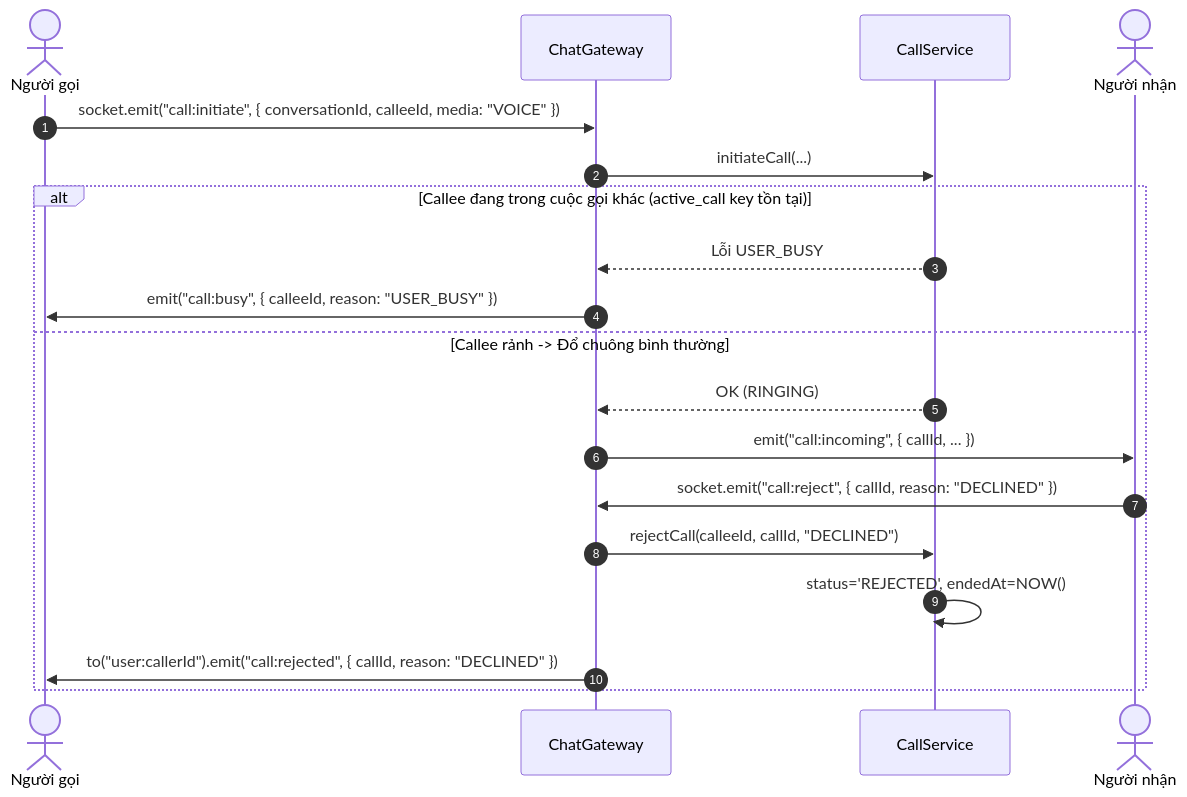
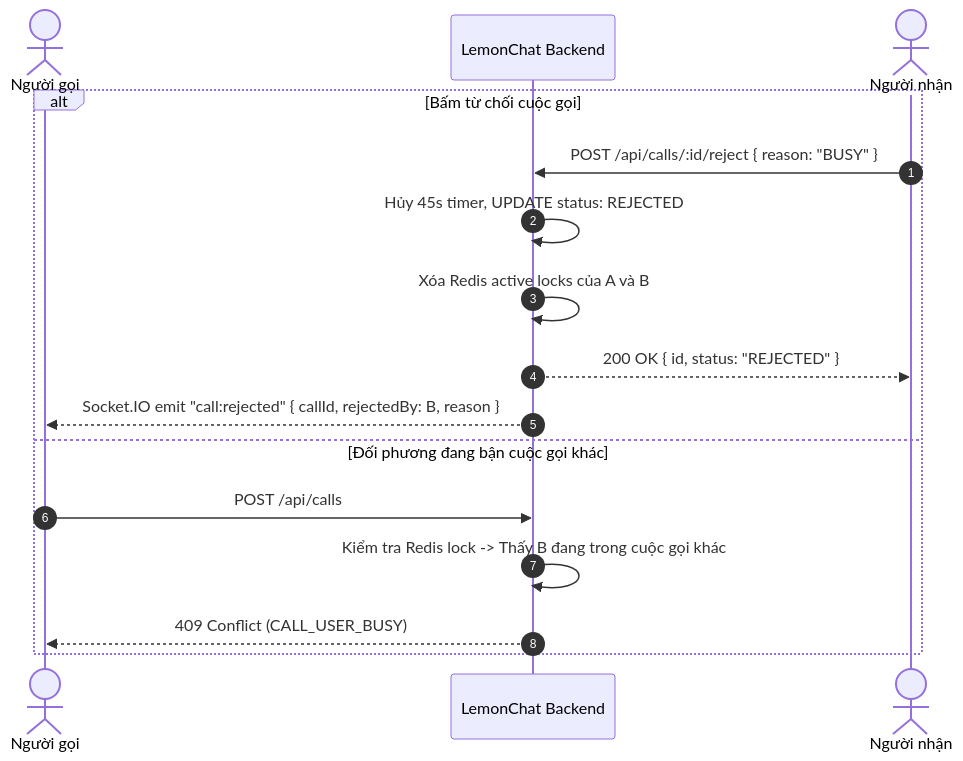
Before and after one commit to chanh-group/docs: the third of 6 diagrams in WebRTC_Call_Dev_GUIDE.md, drawn with Mermaid. The commit also changed other lines of this file, not shown here.

Commit message:
docs(call): transition architecture specification from P2P to LiveKit SFU

````diff
--- a/WebRTC_Call_Dev_GUIDE.md
+++ b/WebRTC_Call_Dev_GUIDE.md
@@ -284,22 +256,19 @@
 ```mermaid
 sequenceDiagram
     autonumber
-    actor Caller as Người gọi
-    participant GW as ChatGateway
-    participant CS as CallService
-    actor Callee as Người nhận
+    actor A as Người gọi
+    participant BE as LemonChat Backend
+    actor B as Người nhận
 
-    Caller->>GW: socket.emit("call:initiate", { conversationId, calleeId, media: "VOICE" })
-    GW->>CS: initiateCall(...)
-    alt Callee đang trong cuộc gọi khác (active_call key tồn tại)
-        CS-->>GW: Lỗi USER_BUSY
-        GW->>Caller: emit("call:busy", { calleeId, reason: "USER_BUSY" })
-    else Callee rảnh -> Đổ chuông bình thường
-        CS-->>GW: OK (RINGING)
-        GW->>Callee: emit("call:incoming", { callId, ... })
-        Callee->>GW: socket.emit("call:reject", { callId, reason: "DECLINED" })
-        GW->>CS: rejectCall(calleeId, callId, "DECLINED")
-        CS->>CS: status='REJECTED', endedAt=NOW()
-        GW->>Caller: to("user:callerId").emit("call:rejected", { callId, reason: "DECLINED" })
+    alt Bấm từ chối cuộc gọi
+        B->>BE: POST /api/calls/:id/reject { reason: "BUSY" }
+        BE->>BE: Hủy 45s timer, UPDATE status: REJECTED
+        BE->>BE: Xóa Redis active locks của A và B
+        BE-->>B: 200 OK { id, status: "REJECTED" }
+        BE-->>A: Socket.IO emit "call:rejected" { callId, rejectedBy: B, reason }
+    else Đối phương đang bận cuộc gọi khác
+        A->>BE: POST /api/calls
+        BE->>BE: Kiểm tra Redis lock -> Thấy B đang trong cuộc gọi khác
+        BE-->>A: 409 Conflict (CALL_USER_BUSY)
     end
 ```
````
